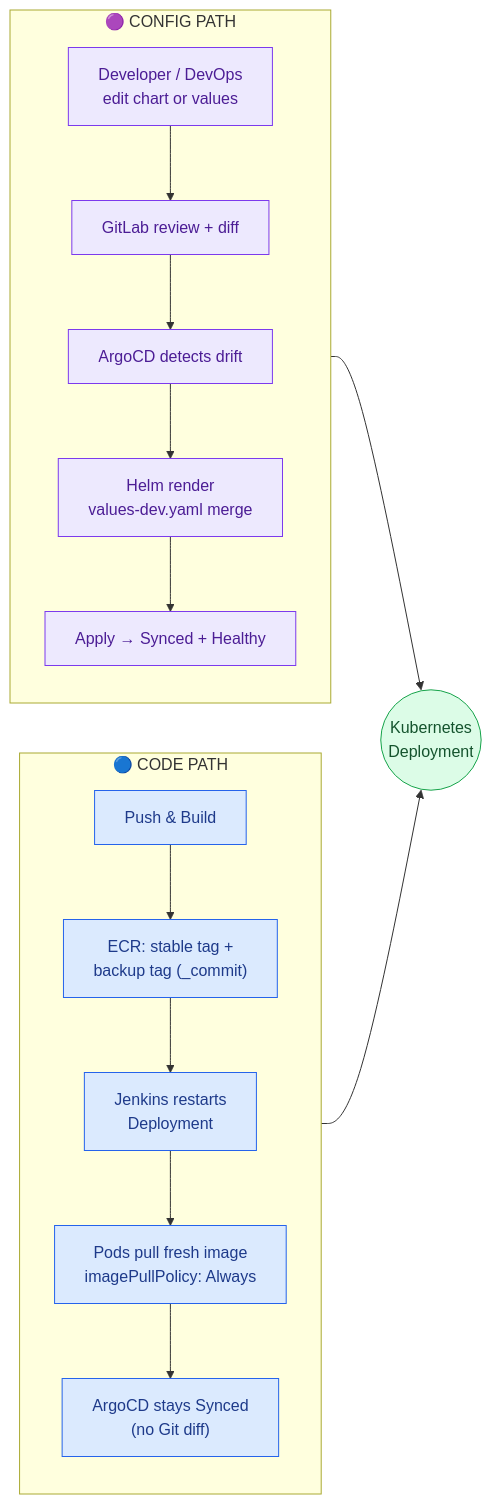
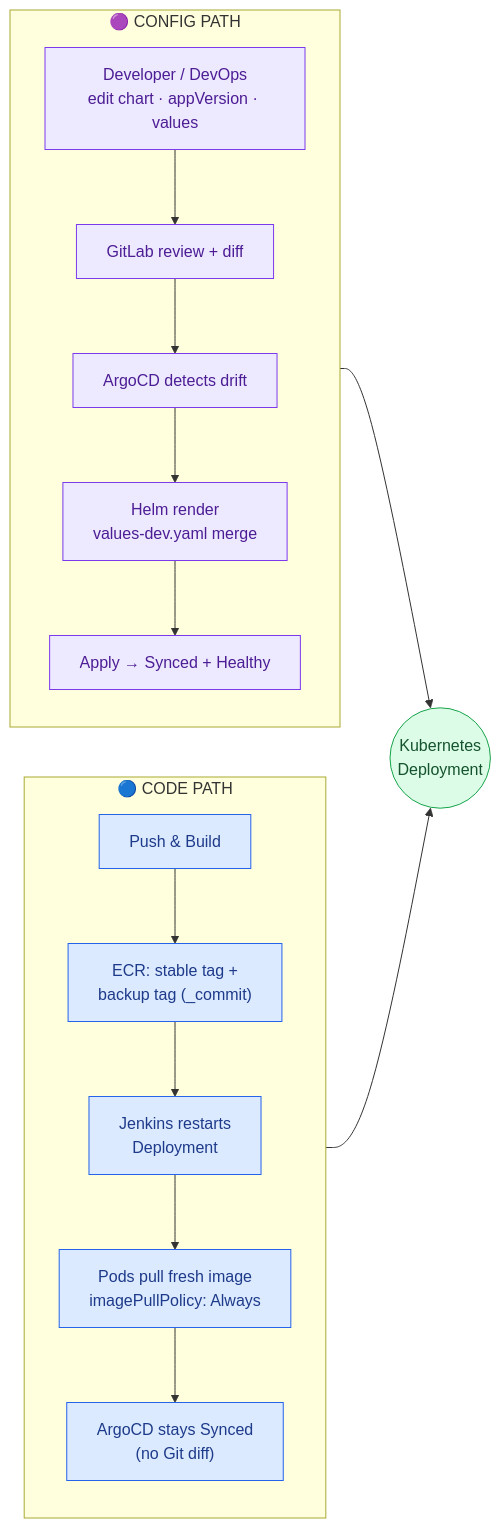
One commit to ashir321/work changed the second of 8 diagrams in SA_Guild_Architecture.md. Above: the diagram before and after it, drawn with Mermaid. The commit also changed other lines of this file and 2 other files, not shown here.

First line of the commit message:
Document editable appVersion in Dev/QA config path

````diff
--- a/SA_Guild_Architecture.md
+++ b/SA_Guild_Architecture.md
@@ -74,35 +74,35 @@
 ```mermaid
 flowchart LR
     subgraph CODE_PATH["🔵 CODE PATH"]
         direction TB
         C1["Push & Build"]
         C2["ECR: stable tag +<br/>backup tag (_commit)"]
         C3["Jenkins restarts<br/>Deployment"]
         C4["Pods pull fresh image<br/>imagePullPolicy: Always"]
         C5["ArgoCD stays Synced<br/>(no Git diff)"]
         C1 --> C2 --> C3 --> C4 --> C5
     end
 
     subgraph CONFIG_PATH["🟣 CONFIG PATH"]
         direction TB
-        G1["Developer / DevOps<br/>edit chart or values"]
+        G1["Developer / DevOps<br/>edit chart · appVersion · values"]
         G2["GitLab review + diff"]
         G3["ArgoCD detects drift"]
         G4["Helm render<br/>values-dev.yaml merge"]
         G5["Apply → Synced + Healthy"]
         G1 --> G2 --> G3 --> G4 --> G5
     end
 
     CONVERGE(("Kubernetes<br/>Deployment"))
 
     C5 --> CONVERGE
     G5 --> CONVERGE
 
     classDef code fill:#dbeafe,stroke:#2563eb,color:#1e3a8a
     classDef config fill:#ede9fe,stroke:#7c3aed,color:#4c1d95
     classDef hub fill:#dcfce7,stroke:#16a34a,color:#14532d
 
     class C1,C2,C3,C4,C5 code
     class G1,G2,G3,G4,G5 config
     class CONVERGE hub
 ```
````
